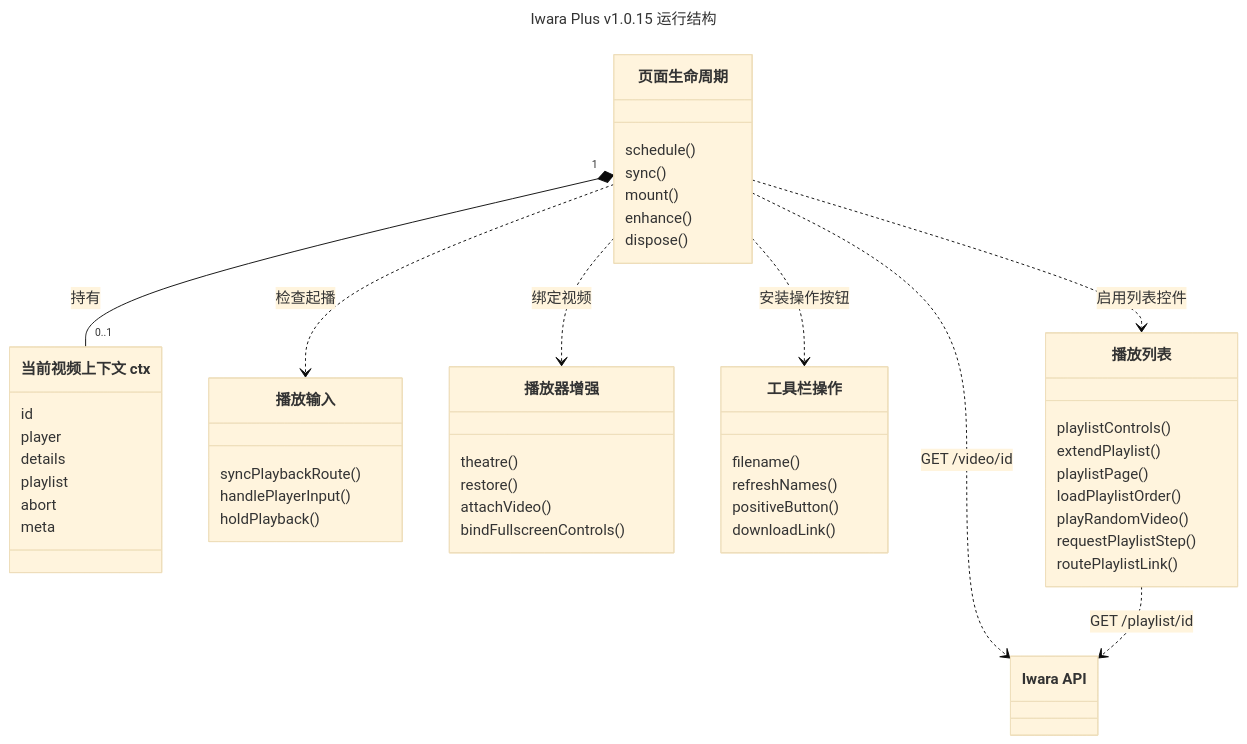
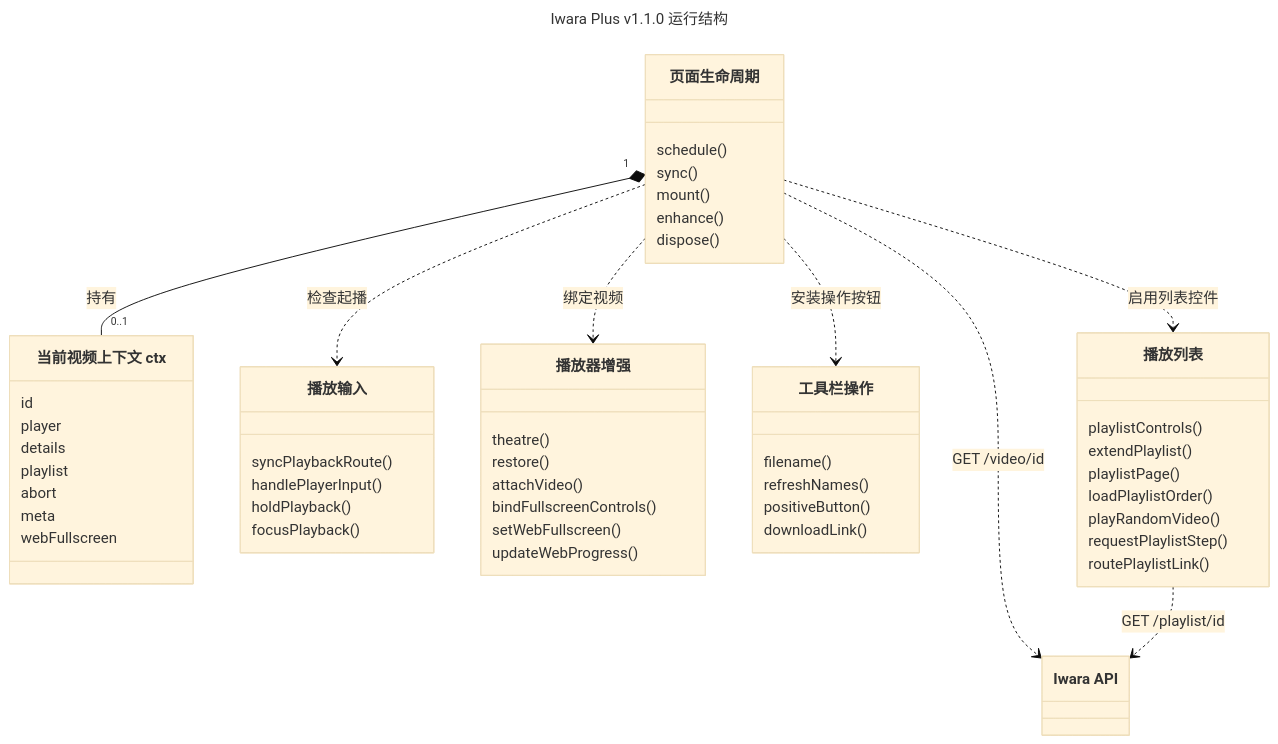
The first of 6 diagrams in docs/architecture.zh-CN.md (lhYanghc/iwara-plus), drawn with Mermaid (base theme) before and after one commit. The commit also changed other lines of this file and 9 other files, not shown here.

Commit message:
Release 1.1.0 with web fullscreen and Iwara AI support

````diff
--- a/docs/architecture.zh-CN.md
+++ b/docs/architecture.zh-CN.md
@@ -9,56 +9,60 @@
 ```mermaid
 ---
-title: Iwara Plus v1.0.15 运行结构
+title: Iwara Plus v1.1.0 运行结构
 ---
 classDiagram
     direction TB
     class Lifecycle["页面生命周期"] {
         schedule()
         sync()
         mount()
         enhance()
         dispose()
     }
     class Context["当前视频上下文 ctx"] {
         id
         player
         details
         playlist
         abort
         meta
+        webFullscreen
     }
     class Playback["播放输入"] {
         syncPlaybackRoute()
         handlePlayerInput()
         holdPlayback()
+        focusPlayback()
     }
     class Player["播放器增强"] {
         theatre()
         restore()
         attachVideo()
         bindFullscreenControls()
+        setWebFullscreen()
+        updateWebProgress()
     }
     class Toolbar["工具栏操作"] {
         filename()
         refreshNames()
         positiveButton()
         downloadLink()
     }
     class Queue["播放列表"] {
         playlistControls()
         extendPlaylist()
         playlistPage()
         loadPlaylistOrder()
         playRandomVideo()
         requestPlaylistStep()
         routePlaylistLink()
     }
     class API["Iwara API"]
     Lifecycle "1" *-- "0..1" Context : 持有
     Lifecycle ..> Playback : 检查起播
     Lifecycle ..> Player : 绑定视频
     Lifecycle ..> Toolbar : 安装操作按钮
     Lifecycle ..> Queue : 启用列表控件
     Lifecycle ..> API : GET /video/id
     Queue ..> API : GET /playlist/id
 ```
````
